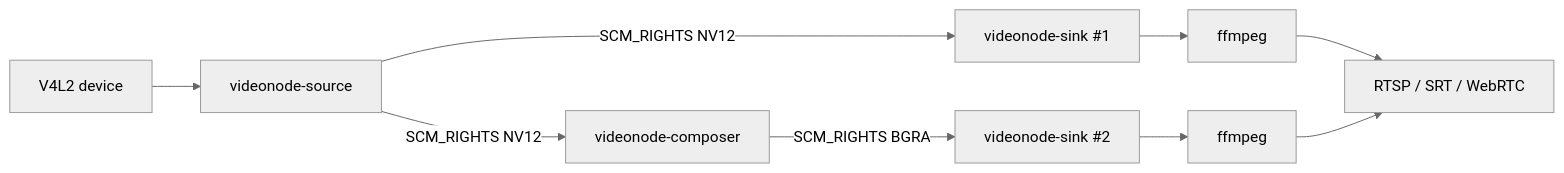
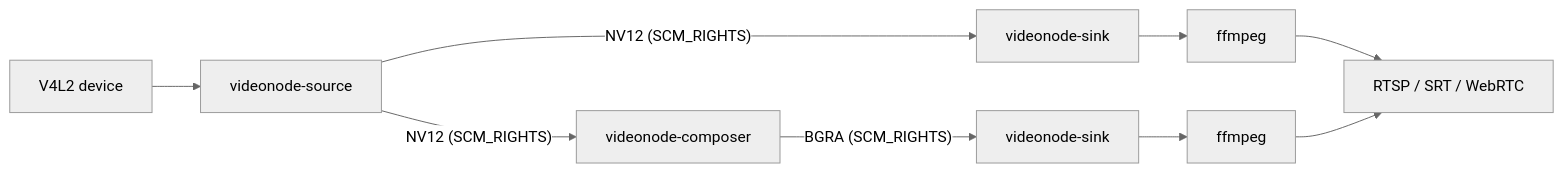
The diagram in website/docs/getting-started/introduction.md (smazurov/videonode), drawn with Mermaid (neutral theme) before and after one commit. The commit also changed other lines of this file and 13 other files, not shown here.

````diff
--- a/website/docs/getting-started/introduction.md
+++ b/website/docs/getting-started/introduction.md
@@ -7,9 +16,17 @@
 ```mermaid
 flowchart LR
-    V4L2[V4L2 device] --> src[videonode-source]
-    src -- "SCM_RIGHTS NV12" --> comp[videonode-composer]
-    src -- "SCM_RIGHTS NV12" --> sink1[videonode-sink #1]
-    comp -- "SCM_RIGHTS BGRA" --> sink2[videonode-sink #2]
-    sink1 --> ff1[ffmpeg] --> out[RTSP / SRT / WebRTC]
-    sink2 --> ff2[ffmpeg] --> out
+  accTitle: VideoNode three-entity pipeline model
+  accDescr {
+    A V4L2 device feeds videonode-source. The source broadcasts NV12 frames
+    to videonode-composer and directly to videonode-sink instances via
+    SCM_RIGHTS. The composer produces a BGRA canvas that feeds its own sink.
+    Each sink pipes into ffmpeg, which publishes to RTSP, SRT, or WebRTC.
+  }
+
+  dev["V4L2 device"] --> src["videonode-source"]
+  src -- "NV12 (SCM_RIGHTS)" --> comp["videonode-composer"]
+  src -- "NV12 (SCM_RIGHTS)" --> sink1["videonode-sink"]
+  comp -- "BGRA (SCM_RIGHTS)" --> sink2["videonode-sink"]
+  sink1 --> ff1["ffmpeg"] --> out["RTSP / SRT / WebRTC"]
+  sink2 --> ff2["ffmpeg"] --> out
 ```
````
